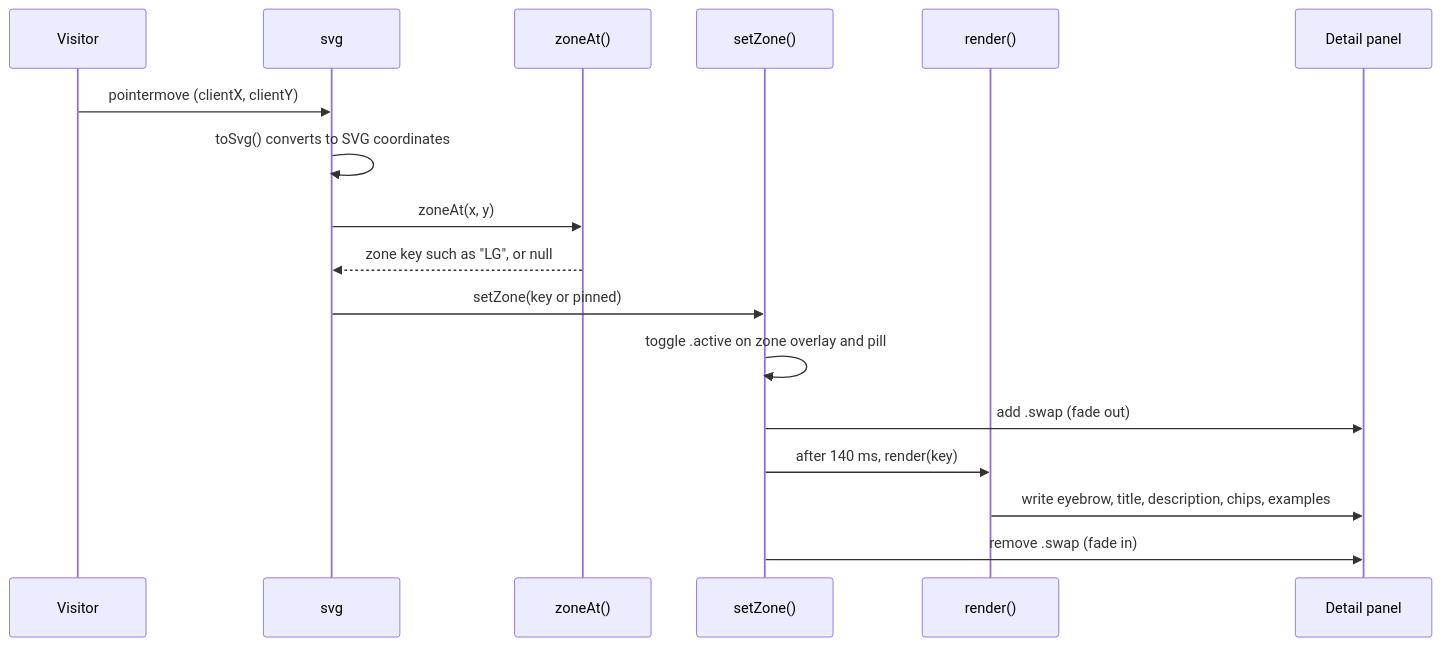
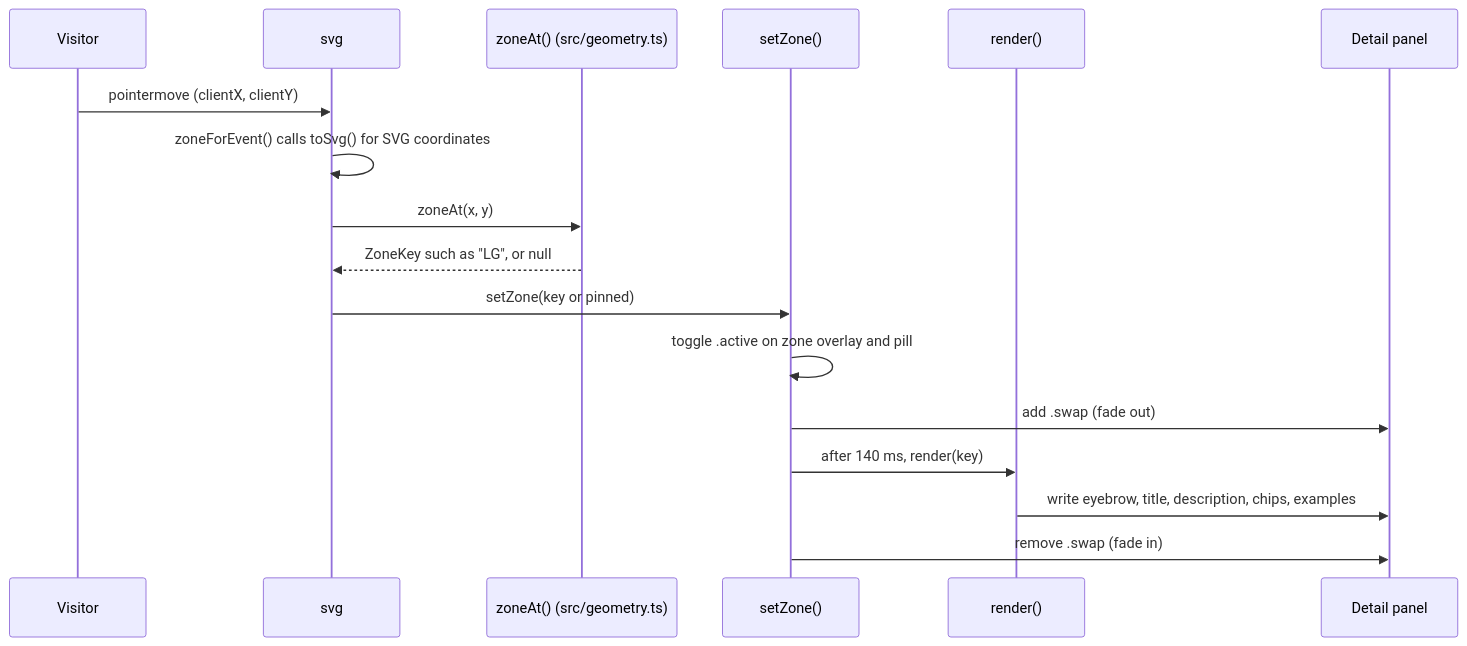
Before and after one commit to FranklinP44/ikigai: the third of 3 diagrams in droid-wiki/overview/architecture.md, drawn with Mermaid. The commit also changed other lines of this file and 30 other files, not shown here.

````diff
--- a/droid-wiki/overview/architecture.md
+++ b/droid-wiki/overview/architecture.md
@@ -51,20 +56,20 @@
 ```mermaid
 sequenceDiagram
     participant U as Visitor
-    participant S as svg#ikigai
-    participant Z as zoneAt()
+    participant S as svg#ikigai (src/main.ts)
+    participant Z as zoneAt() (src/geometry.ts)
     participant SZ as setZone()
     participant R as render()
     participant P as Detail panel
 
     U->>S: pointermove (clientX, clientY)
-    S->>S: toSvg() converts to SVG coordinates
+    S->>S: zoneForEvent() calls toSvg() for SVG coordinates
     S->>Z: zoneAt(x, y)
-    Z-->>S: zone key such as "LG", or null
+    Z-->>S: ZoneKey such as "LG", or null
     S->>SZ: setZone(key or pinned)
     SZ->>SZ: toggle .active on zone overlay and pill
     SZ->>P: add .swap (fade out)
     SZ->>R: after 140 ms, render(key)
     R->>P: write eyebrow, title, description, chips, examples
     SZ->>P: remove .swap (fade in)
 ```
````
